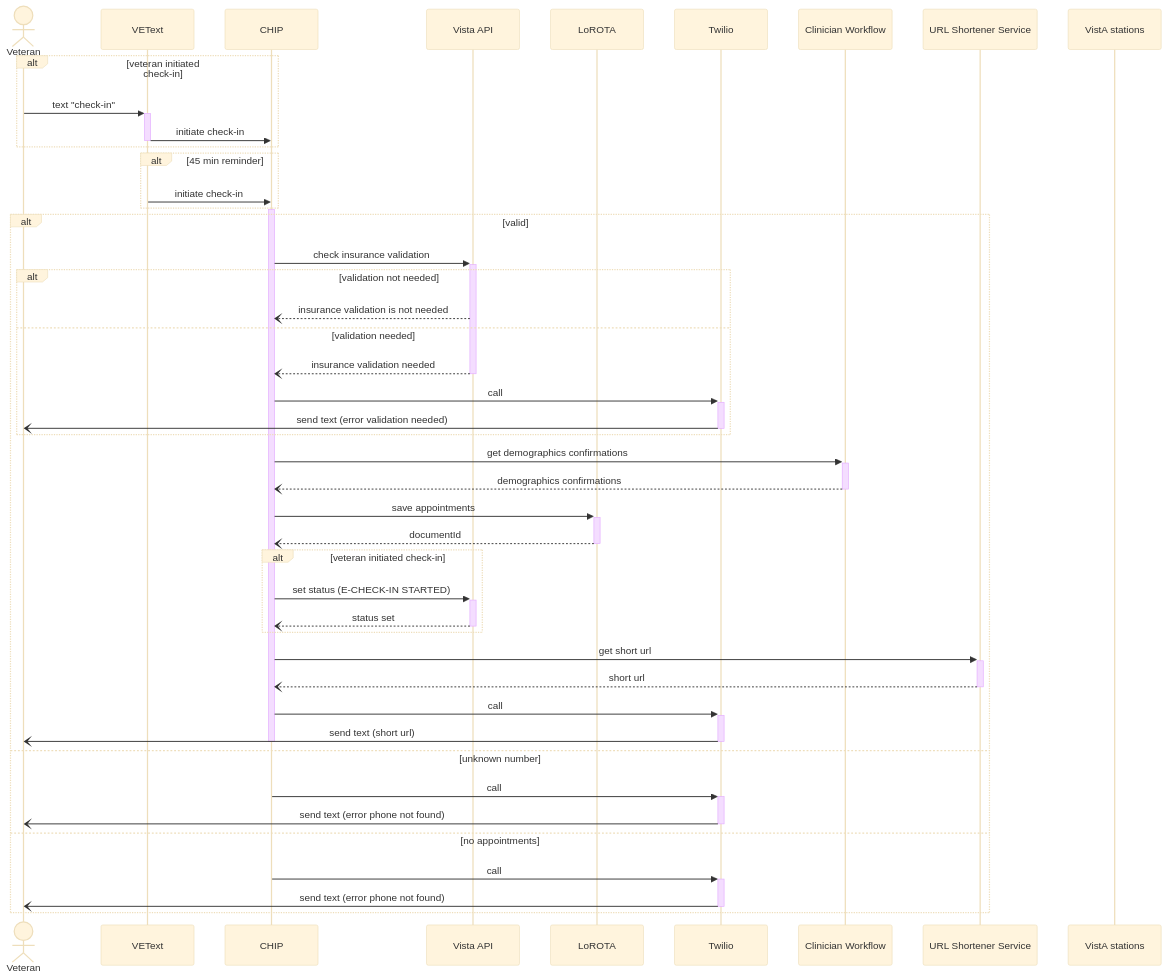
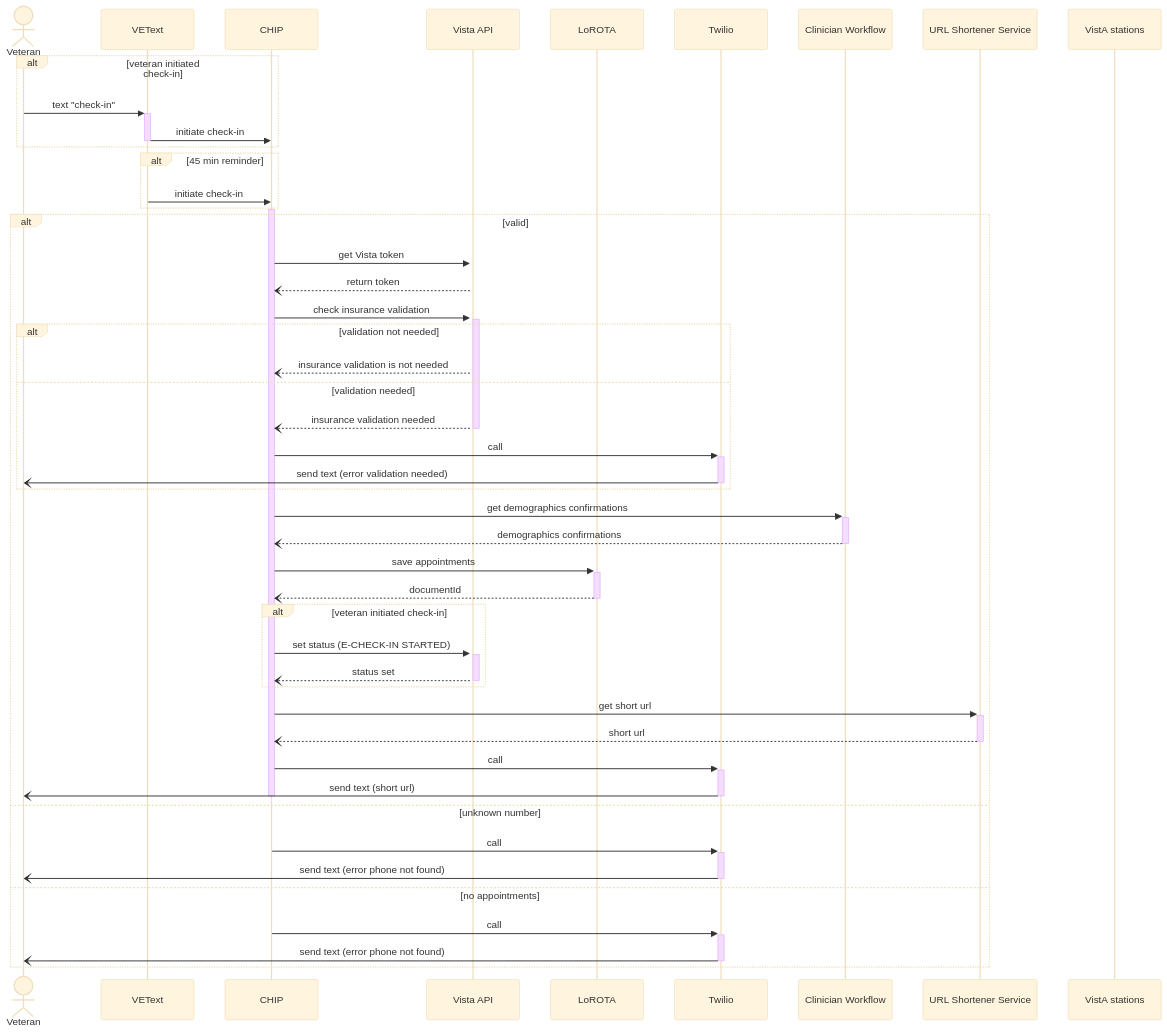
The first of 4 diagrams in products/health-care/checkin/engineering/architecture-diagrams/sequenceDiagram_checkInExp.md (department-of-veterans-affairs/va.gov-team), drawn with Mermaid (base theme) before and after one commit.

````diff
--- a/products/health-care/checkin/engineering/architecture-diagrams/sequenceDiagram_checkInExp.md
+++ b/products/health-care/checkin/engineering/architecture-diagrams/sequenceDiagram_checkInExp.md
@@ -10,50 +10,52 @@
 ```mermaid
 sequenceDiagram
     actor vet as Veteran
     participant vt as VEText
     participant c as CHIP
     participant va as Vista API
     participant l as LoROTA
     participant t as Twilio
     participant cw as Clinician Workflow
     participant url as URL Shortener Service
     participant vas as VistA stations
 
     alt veteran initiated check-in
     vet->>+vt: text "check-in"
     vt->>-c: initiate check-in
     end
     alt 45 min reminder
     vt->>c: initiate check-in
     end
     activate c
     alt valid
+      c->>+va: get Vista token
+      va--)c: return token
       c->>+va: check insurance validation
       alt validation not needed
         va--)c: insurance validation is not needed
       else validation needed
         va--)-c: insurance validation needed
         c->>+t: call
         t-)-vet: send text (error validation needed)
       end
       c->>+cw: get demographics confirmations
       cw--)-c: demographics confirmations
       c->>+l: save appointments
       l--)-c: documentId
       alt veteran initiated check-in
         c->>+va: set status (E-CHECK-IN STARTED)
         va--)-c: status set
       end
       c->>+url: get short url
       url--)-c: short url
       c->>+t: call
       t-)-vet: send text (short url)
       deactivate c
     else unknown number
       c->>+t: call
       t-)-vet: send text (error phone not found)
     else no appointments
       c->>+t: call
       t-)-vet: send text (error phone not found)
     end
 ```
````
